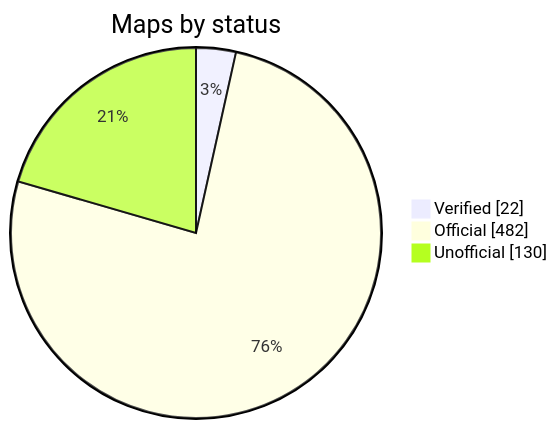
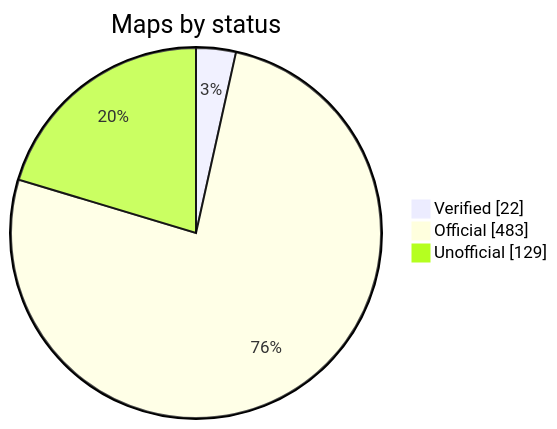
Before and after one commit to nobrega8/mbmap-library: the diagram in README.md, drawn with Mermaid. The commit also changed 6 other files, not shown here.

````diff
--- a/README.md
+++ b/README.md
@@ -52,7 +52,7 @@
 ```mermaid
 pie showData
     title Maps by status
     "Verified" : 22
-    "Official" : 482
-    "Unofficial" : 130
+    "Official" : 483
+    "Unofficial" : 129
 ```
````
